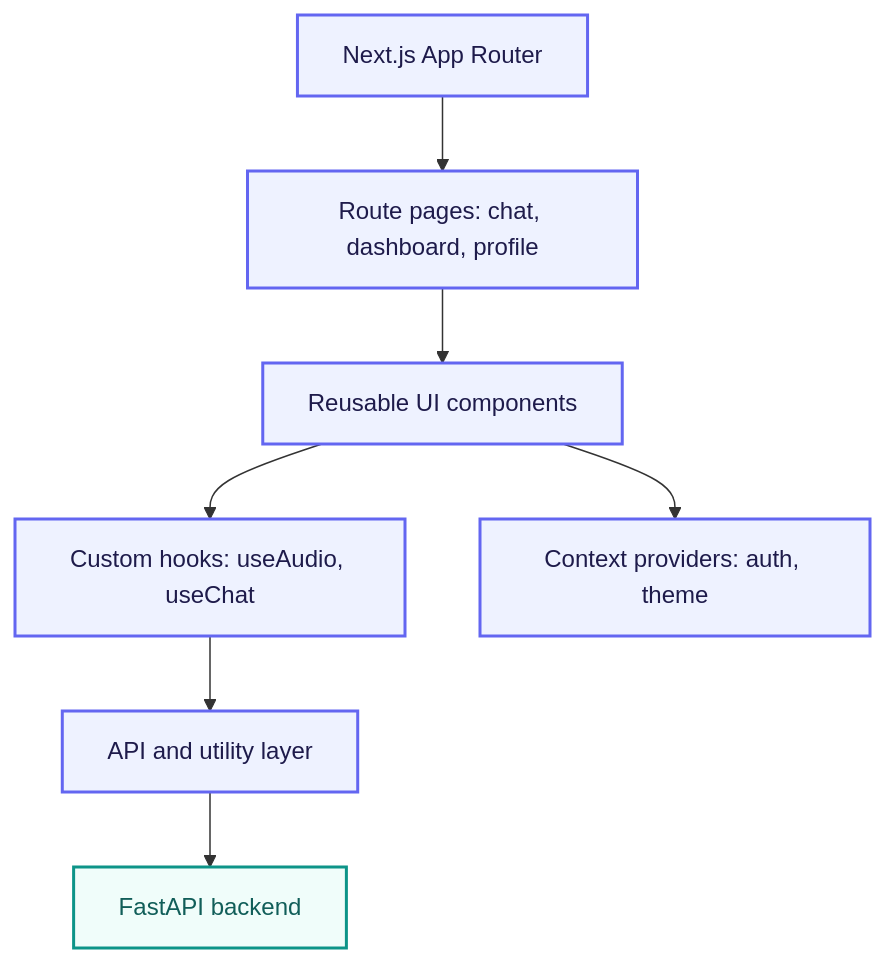
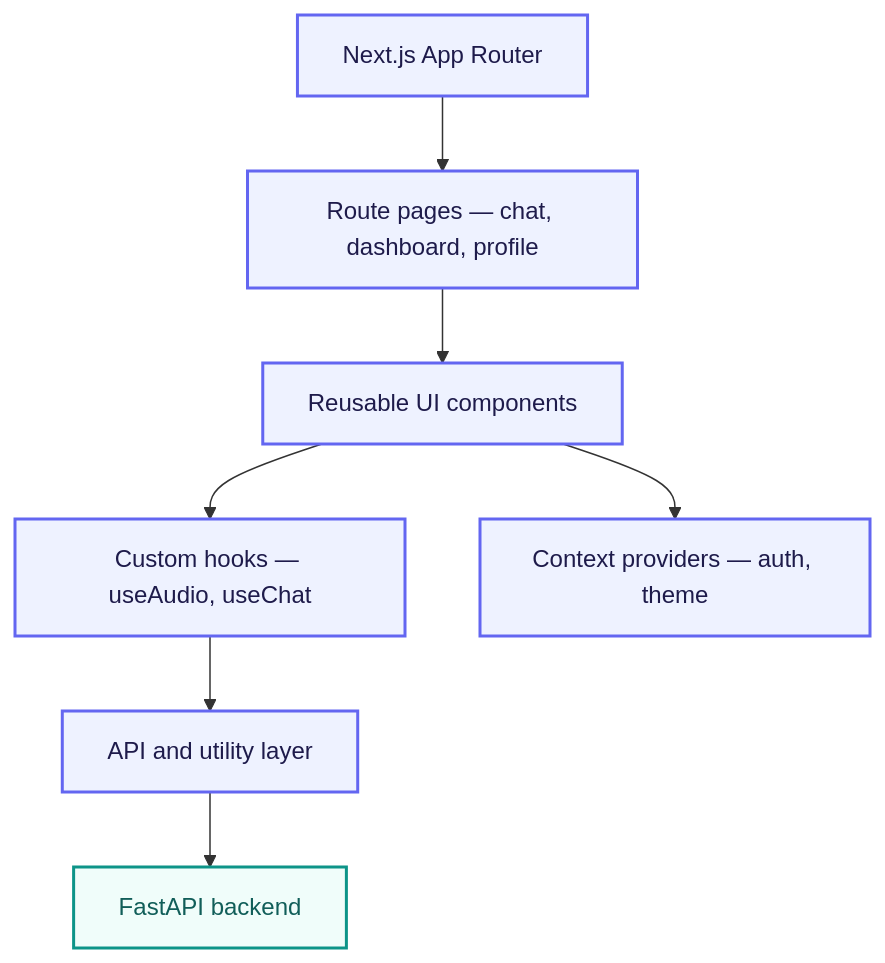
One commit to taha-mehmood-03/Personlaized-Trainer-Using-Agentic-AI changed diagram 18 of 18 in README.md. Above: the diagram before and after it, drawn with Mermaid. The commit also changed other lines of this file, not shown here.

````diff
--- a/README.md
+++ b/README.md
@@ -1590,18 +957,18 @@
 ```mermaid
 flowchart TB
-    classDef client fill:#EEF2FF,stroke:#6366F1,stroke-width:2px,color:#1E1B4B;
-    classDef main fill:#FDF4FF,stroke:#D946EF,stroke-width:2px,color:#701A75;
-    classDef backend fill:#F0FDFA,stroke:#0D9488,stroke-width:2px,color:#115E59;
+    classDef client fill:#EEF2FF,stroke:#6366F1,stroke-width:2px,color:#1E1B4B
+    classDef main fill:#FDF4FF,stroke:#D946EF,stroke-width:2px,color:#701A75
+    classDef backend fill:#F0FDFA,stroke:#0D9488,stroke-width:2px,color:#115E59
 
     AppRouter["Next.js App Router"]:::client
-    Pages["Route pages: chat, dashboard, profile"]:::client
+    Pages["Route pages — chat, dashboard, profile"]:::client
     Components["Reusable UI components"]:::client
-    Hooks["Custom hooks: useAudio, useChat"]:::client
+    Hooks["Custom hooks — useAudio, useChat"]:::client
     Lib["API and utility layer"]:::client
-    Contexts["Context providers: auth, theme"]:::client
+    Contexts["Context providers — auth, theme"]:::client
     Backend["FastAPI backend"]:::backend
 
     AppRouter --> Pages --> Components
     Components --> Hooks --> Lib --> Backend
     Components --> Contexts
 ```
````
